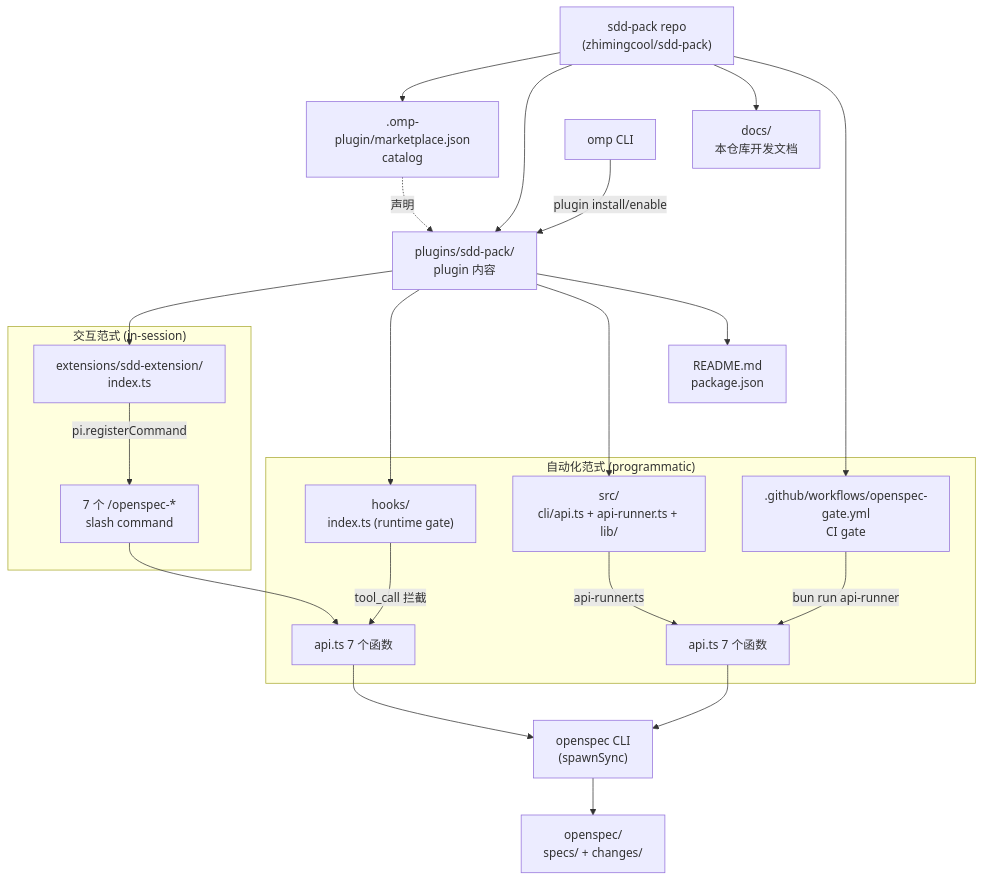
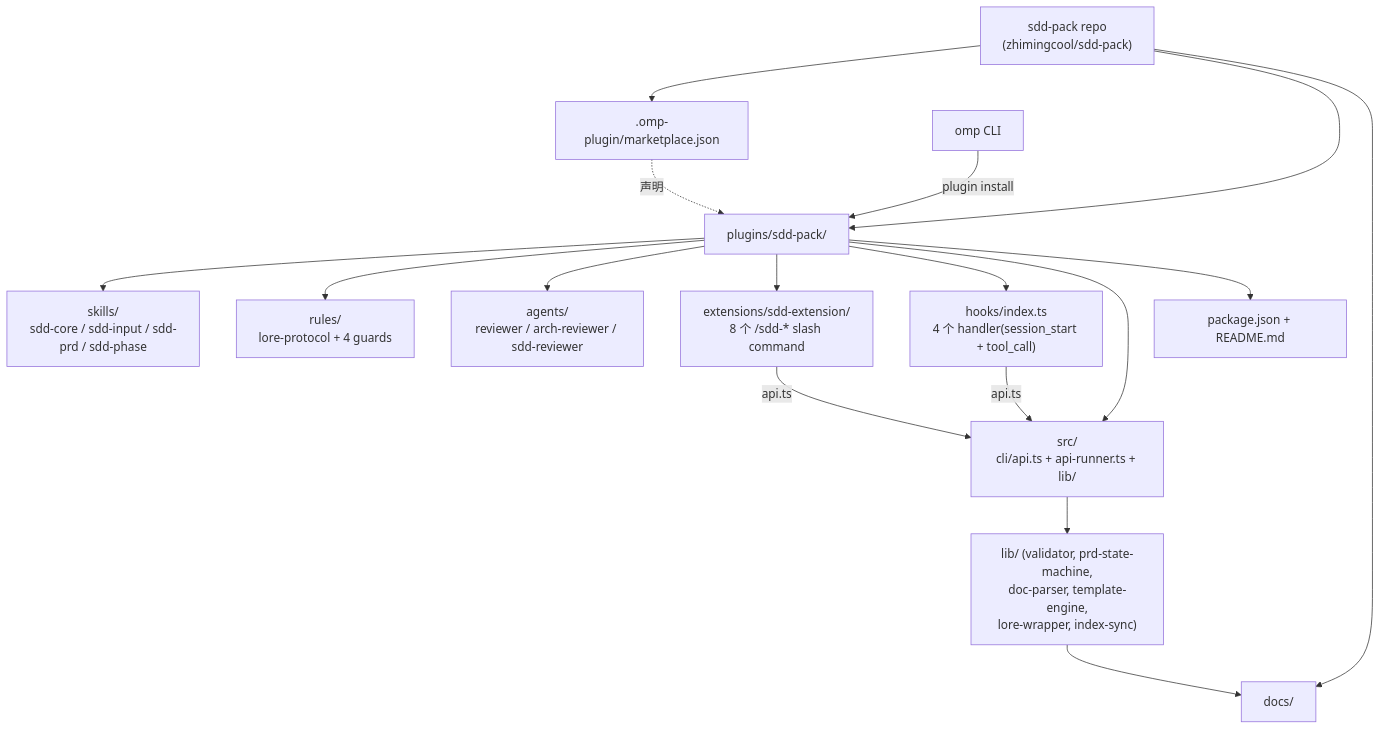
The first of 2 diagrams in docs/architecture/overview.md (Norman-pong/sdd-pack), drawn with Mermaid before and after one commit. The commit also changed other lines of this file, not shown here.

First line of the commit message:
docs(architecture): trim overview to current state only

````diff
--- a/docs/architecture/overview.md
+++ b/docs/architecture/overview.md
@@ -30,31 +27,22 @@
 ```mermaid
 graph TB
-    Repo["sdd-pack repo<br/>(zhimingcool/sdd-pack)"] --> Catalog[".omp-plugin/marketplace.json<br/>catalog"]
-    Repo --> Plugin["plugins/sdd-pack/<br/>plugin 内容"]
-    Repo --> Docs["docs/<br/>本仓库开发文档"]
-    Repo --> CI[".github/workflows/openspec-gate.yml<br/>CI gate"]
+    Repo["sdd-pack repo<br/>(zhimingcool/sdd-pack)"] --> Catalog[".omp-plugin/marketplace.json"]
+    Repo --> Plugin["plugins/sdd-pack/"]
+    Repo --> Docs["docs/"]
 
-    Plugin --> Ext["extensions/sdd-extension/<br/>index.ts"]
-    Plugin --> Hooks["hooks/<br/>index.ts (runtime gate)"]
+    Plugin --> Skills["skills/<br/>sdd-core / sdd-input / sdd-prd / sdd-phase"]
+    Plugin --> Rules["rules/<br/>lore-protocol + 4 guards"]
+    Plugin --> Agents["agents/<br/>reviewer / arch-reviewer / sdd-reviewer"]
+    Plugin --> Ext["extensions/sdd-extension/<br/>8 个 /sdd-* slash command"]
+    Plugin --> Hooks["hooks/index.ts<br/>4 个 handler(session_start + tool_call)"]
     Plugin --> Src["src/<br/>cli/api.ts + api-runner.ts + lib/"]
-    Plugin --> Readme["README.md<br/>package.json"]
+    Plugin --> Manifest["package.json + README.md"]
 
     Catalog -.声明.-> Plugin
+    OMP["omp CLI"] -->|plugin install| Plugin
 
-    OMP["omp CLI"] -->|plugin install/enable| Plugin
-
-    subgraph "交互范式 (in-session)"
-        Ext -->|pi.registerCommand| SlashCmds["7 个 /openspec-*<br/>slash command"]
-    end
-
-    subgraph "自动化范式 (programmatic)"
-        Hooks -->|tool_call 拦截| ApiCall1["api.ts 7 个函数"]
-        Src -->|api-runner.ts| ApiCall2["api.ts 7 个函数"]
-        CI -->|bun run api-runner| ApiCall2
-    end
-
-    SlashCmds --> ApiCall1
-    ApiCall1 --> OpenSpecCLI["openspec CLI<br/>(spawnSync)"]
-    ApiCall2 --> OpenSpecCLI
-    OpenSpecCLI --> OpenSpecProject["openspec/<br/>specs/ + changes/"]
+    Ext -->|api.ts| Src
+    Hooks -->|api.ts| Src
+    Src --> Lib["lib/ (validator, prd-state-machine,<br/>doc-parser, template-engine,<br/>lore-wrapper, index-sync)"]
+    Lib --> Docs
 ```
````
